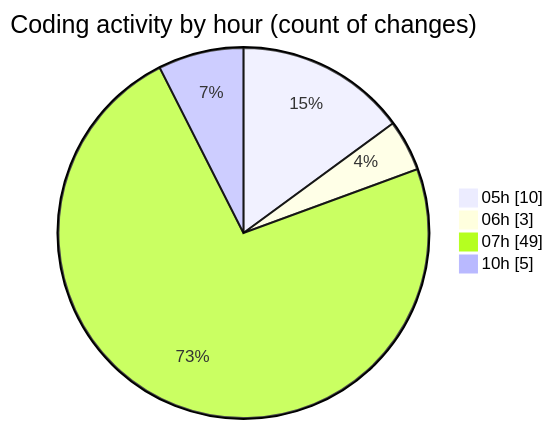
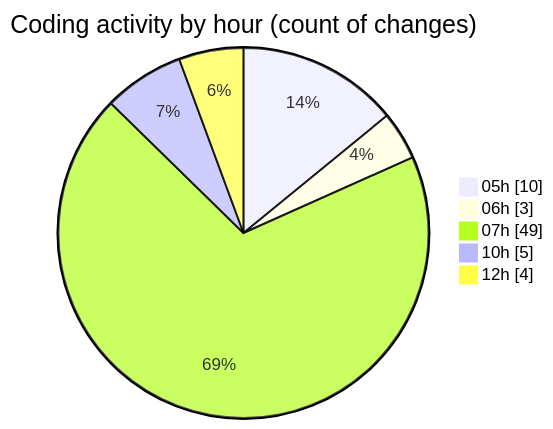
The second of 2 diagrams in 2025-09-06/shop/README.md (vahidmafi/code-tracking), drawn with Mermaid before and after one commit. The commit also changed other lines of this file and 1 other file, not shown here.

````diff
--- a/2025-09-06/shop/README.md
+++ b/2025-09-06/shop/README.md
@@ -45,8 +45,9 @@
 ```mermaid
 pie showData
 title Coding activity by hour (count of changes)
 "05h" : 10
 "06h" : 3
 "07h" : 49
 "10h" : 5
+"12h" : 4
 ```
````
